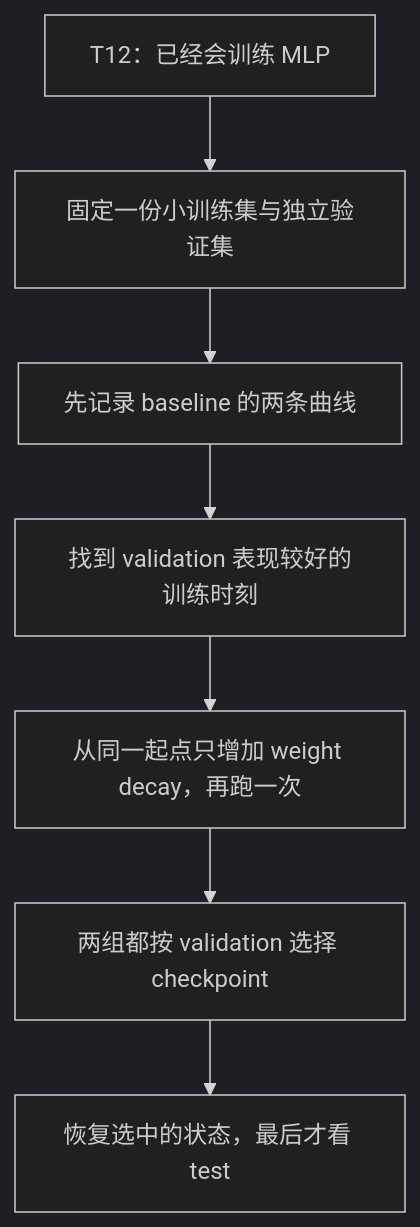
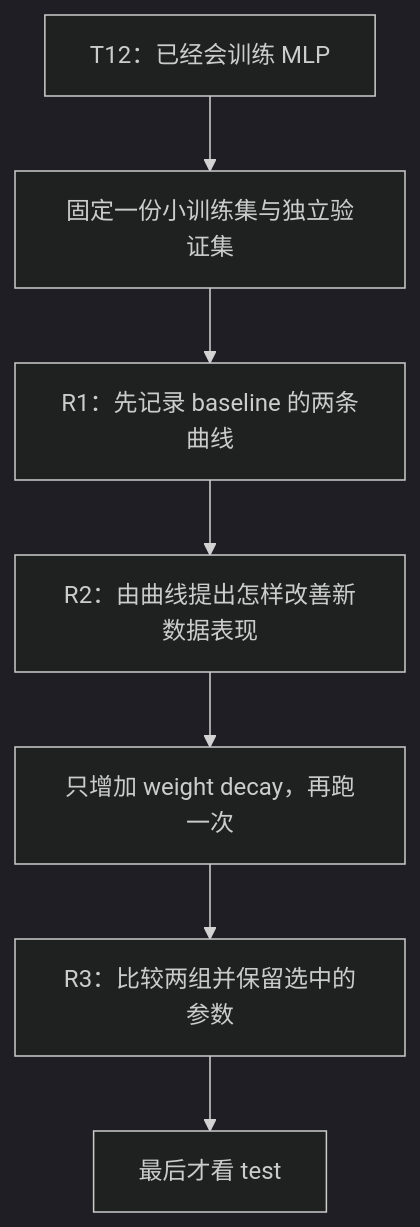
The first of 3 diagrams in ai_theory/T13/T13.md (FxorG00/system-learning-notes), drawn with Mermaid (dark theme) before and after one commit. The commit also changed other lines of this file and 2 other files, not shown here.

Commit message:
docs: refine T13 learning flow

````diff
--- a/ai_theory/T13/T13.md
+++ b/ai_theory/T13/T13.md
@@ -34,9 +36,9 @@
 ```mermaid
 graph TD
     A["T12：已经会训练 MLP"] --> B["固定一份小训练集与独立验证集"]
-    B --> C["先记录 baseline 的两条曲线"]
-    C --> D["找到 validation 表现较好的训练时刻"]
-    D --> E["从同一起点只增加 weight decay，再跑一次"]
-    E --> F["两组都按 validation 选择 checkpoint"]
-    F --> G["恢复选中的状态，最后才看 test"]
+    B --> C["R1：先记录 baseline 的两条曲线"]
+    C --> D["R2：由曲线提出怎样改善新数据表现"]
+    D --> E["只增加 weight decay，再跑一次"]
+    E --> F["R3：比较两组并保留选中的参数"]
+    F --> G["最后才看 test"]
 ```
````
